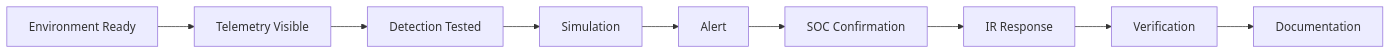
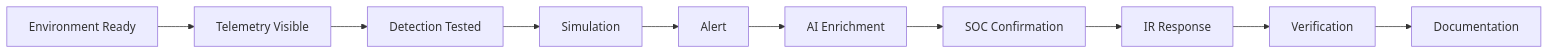
One commit to DNS-SOC-Lab/DNS-Lab-Infrastructure changed the diagram in 00-project-design/team-roles.md. Above: the diagram before and after it, drawn with Mermaid. The commit also changed other lines of this file, not shown here.

````diff
--- a/00-project-design/team-roles.md
+++ b/00-project-design/team-roles.md
@@ -69,11 +84,12 @@
 ```mermaid
 flowchart LR
     A[Environment Ready] --> B[Telemetry Visible]
     B --> C[Detection Tested]
     C --> D[Simulation]
     D --> E[Alert]
-    E --> F[SOC Confirmation]
-    F --> G[IR Response]
-    G --> H[Verification]
-    H --> I[Documentation]
+    E --> F[AI Enrichment]
+    F --> G[SOC Confirmation]
+    G --> H[IR Response]
+    H --> I[Verification]
+    I --> J[Documentation]
 ```
````
